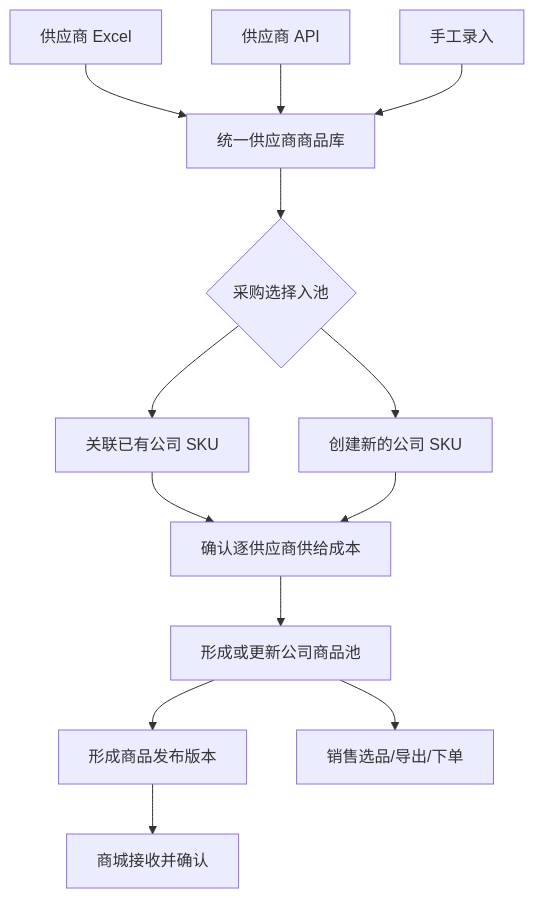
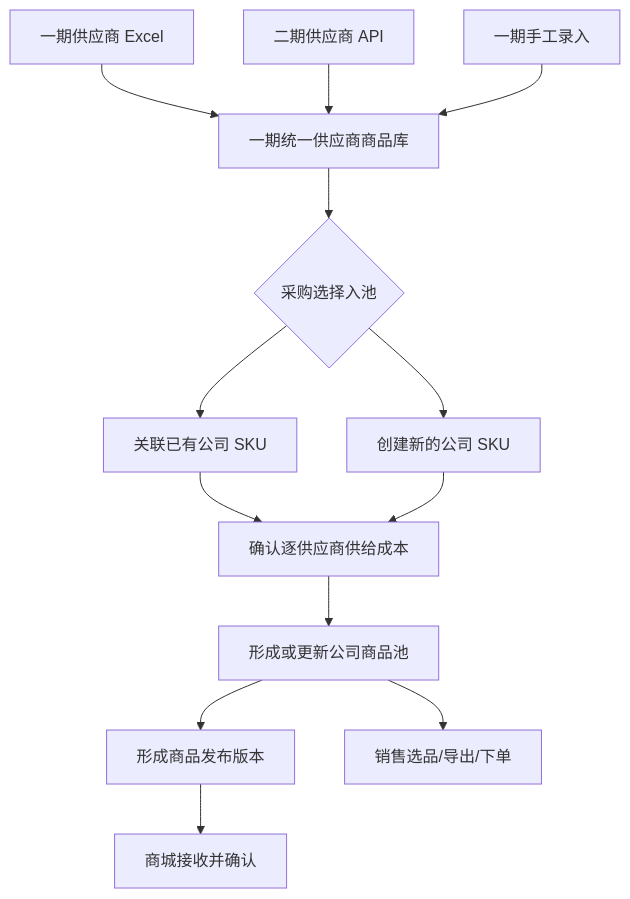
One commit to mztlive/erp changed the second of 5 diagrams in docs/erp-phase-2.md. Above: the diagram before and after it, drawn with Mermaid. The commit also changed other lines of this file and 5 other files, not shown here.

````diff
--- a/docs/erp-phase-2.md
+++ b/docs/erp-phase-2.md
@@ -312,28 +312,28 @@
 ```mermaid
 flowchart TD
-  Excel[供应商 Excel]
-  Api[供应商 API]
-  Manual[手工录入]
-  Catalog[统一供应商商品库]
+  Excel[一期供应商 Excel]
+  Api[二期供应商 API]
+  Manual[一期手工录入]
+  Catalog[一期统一供应商商品库]
   Review{采购选择入池}
   Existing[关联已有公司 SKU]
   New[创建新的公司 SKU]
   Supply[确认逐供应商供给成本]
   Pool[形成或更新公司商品池]
   Publish[形成商品发布版本]
   Sales[销售选品/导出/下单]
   Mall[商城接收并确认]
 
   Excel --> Catalog
   Api --> Catalog
   Manual --> Catalog
   Catalog --> Review
   Review --> Existing
   Review --> New
   Existing --> Supply
   New --> Supply
   Supply --> Pool
   Pool --> Sales
   Pool --> Publish
   Publish --> Mall
 ```
````
